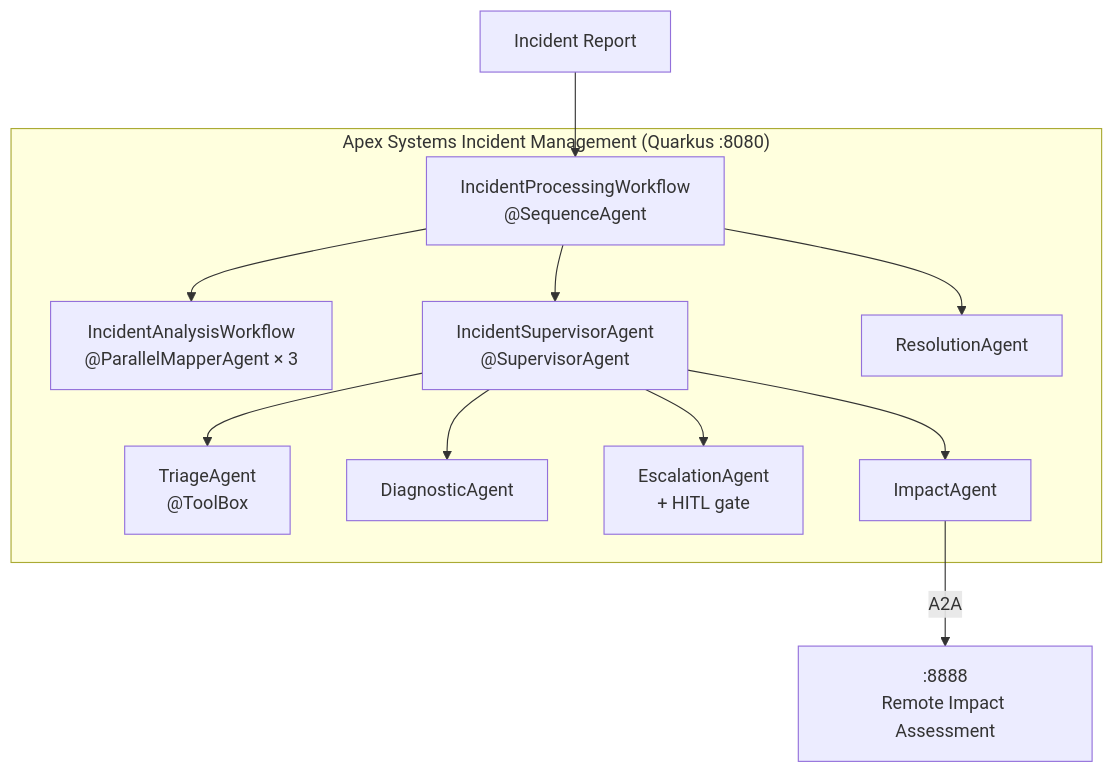
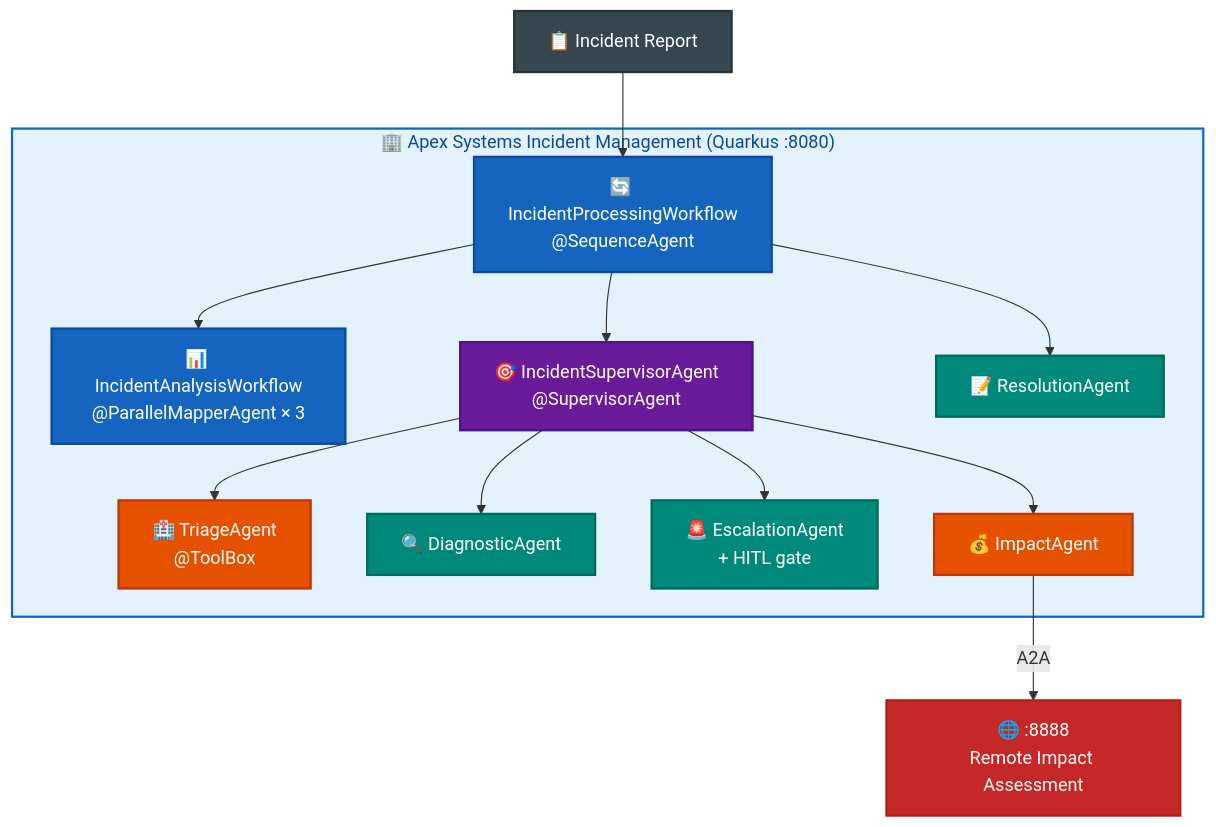
One commit to danieloh30/techxchange-2026-quarkus-bob-lab changed the first of 3 diagrams in docs/LAB_GUIDE.md. Above: the diagram before and after it, drawn with Mermaid. The commit also changed other lines of this file and 5 other files, not shown here.

First line of the commit message:
docs: restyle all Mermaid charts with color-coded nodes and icons

````diff
--- a/docs/LAB_GUIDE.md
+++ b/docs/LAB_GUIDE.md
@@ -133,18 +133,28 @@
 ```mermaid
 flowchart TD
-    IR["Incident Report"] --> IPW
+    IR["📋 Incident Report"]:::input --> IPW
 
-    subgraph main["Apex Systems Incident Management (Quarkus :8080)"]
-        IPW["IncidentProcessingWorkflow<br/>@SequenceAgent"]
-        IPW --> IAW["IncidentAnalysisWorkflow<br/>@ParallelMapperAgent × 3"]
-        IPW --> ISA["IncidentSupervisorAgent<br/>@SupervisorAgent"]
-        IPW --> RA["ResolutionAgent"]
+    subgraph main["🏢 Apex Systems Incident Management (Quarkus :8080)"]
+        IPW["🔄 IncidentProcessingWorkflow<br/>@SequenceAgent"]:::workflow
+        IPW --> IAW["📊 IncidentAnalysisWorkflow<br/>@ParallelMapperAgent × 3"]:::workflow
+        IPW --> ISA["🎯 IncidentSupervisorAgent<br/>@SupervisorAgent"]:::supervisor
+        IPW --> RA["📝 ResolutionAgent"]:::agent
 
-        ISA --> TA["TriageAgent<br/>@ToolBox"]
-        ISA --> DA["DiagnosticAgent"]
-        ISA --> EA["EscalationAgent<br/>+ HITL gate"]
-        ISA --> IA["ImpactAgent"]
+        ISA --> TA["🏥 TriageAgent<br/>@ToolBox"]:::tool
+        ISA --> DA["🔍 DiagnosticAgent"]:::agent
+        ISA --> EA["🚨 EscalationAgent<br/>+ HITL gate"]:::agent
+        ISA --> IA["💰 ImpactAgent"]:::a2a
     end
 
-    IA -->|"A2A"| RIA[":8888<br/>Remote Impact Assessment"]
+    IA -->|"A2A"| RIA["🌐 :8888<br/>Remote Impact Assessment"]:::remote
+
+    classDef input fill:#37474f,stroke:#263238,color:#fff,stroke-width:2px
+    classDef workflow fill:#1565c0,stroke:#0d47a1,color:#fff,stroke-width:2px
+    classDef supervisor fill:#6a1b9a,stroke:#4a148c,color:#fff,stroke-width:2px
+    classDef agent fill:#00897b,stroke:#00695c,color:#fff,stroke-width:2px
+    classDef tool fill:#e65100,stroke:#bf360c,color:#fff,stroke-width:2px
+    classDef a2a fill:#e65100,stroke:#bf360c,color:#fff,stroke-width:2px
+    classDef remote fill:#c62828,stroke:#b71c1c,color:#fff,stroke-width:2px
+
+    style main fill:#e3f2fd,stroke:#1565c0,stroke-width:2px,color:#0d47a1
 ```
````
